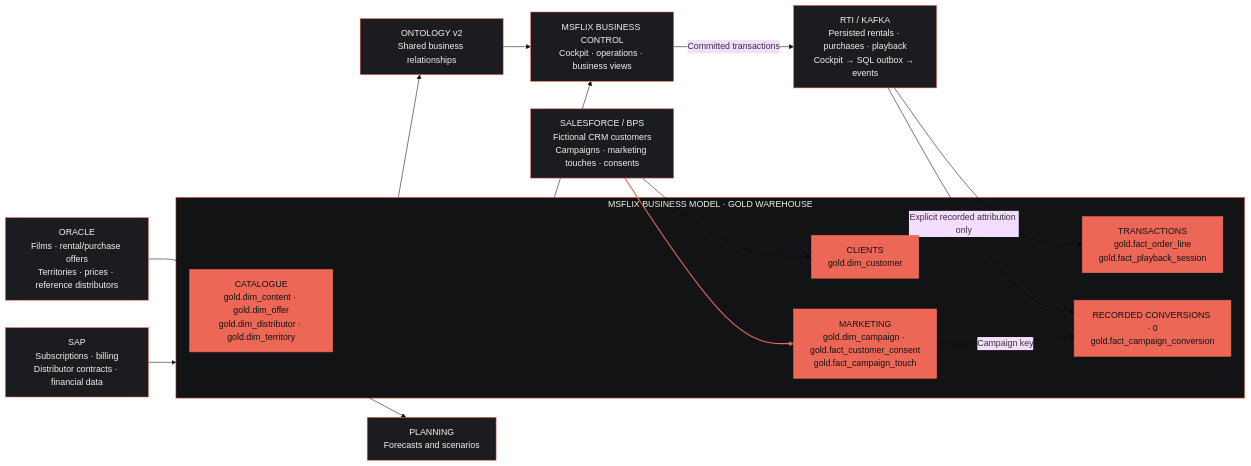
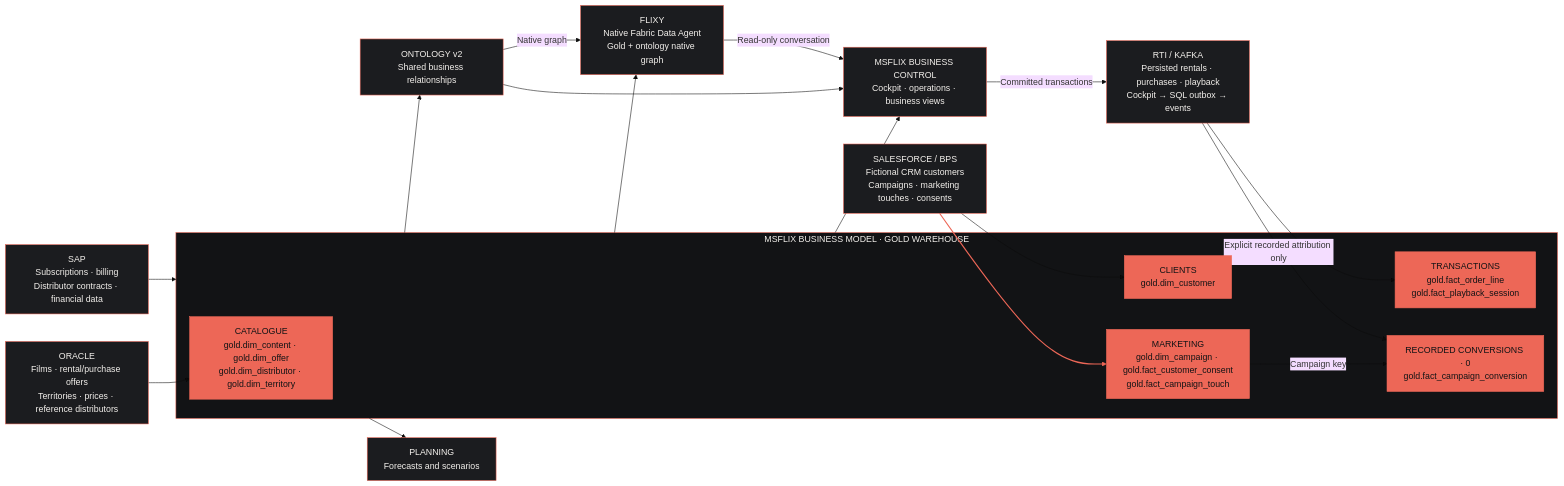
Before and after one commit to fredgis/FabricHubDemo: the diagram in README.md, drawn with Mermaid (base theme). The commit also changed other lines of this file and 27 other files, not shown here.

First line of the commit message:
feat: publish Flixy native data agent and cockpit assistant

````diff
--- a/README.md
+++ b/README.md
@@ -21,39 +21,43 @@
 ```mermaid
 flowchart LR
   Oracle["ORACLE<br/>Films · rental/purchase offers<br/>Territories · prices · reference distributors"]
   CRM["SALESFORCE / BPS<br/>Fictional CRM customers<br/>Campaigns · marketing touches · consents"]
   RTI["RTI / KAFKA<br/>Persisted rentals · purchases · playback<br/>Cockpit → SQL outbox → events"]
 
   subgraph GOLD["MSFLIX BUSINESS MODEL · GOLD WAREHOUSE"]
     Catalogue["CATALOGUE<br/>gold.dim_content · gold.dim_offer<br/>gold.dim_distributor · gold.dim_territory"]
     Clients["CLIENTS<br/>gold.dim_customer"]
     Marketing["MARKETING<br/>gold.dim_campaign · gold.fact_customer_consent<br/>gold.fact_campaign_touch"]
     Transactions["TRANSACTIONS<br/>gold.fact_order_line<br/>gold.fact_playback_session"]
     Conversions["RECORDED CONVERSIONS · 0<br/>gold.fact_campaign_conversion"]
   end
 
   Ontology["ONTOLOGY v2<br/>Shared business relationships"]
   App["MSFLIX BUSINESS CONTROL<br/>Cockpit · operations · business views"]
   SAP["SAP<br/>Subscriptions · billing<br/>Distributor contracts · financial data"]
   Planning["PLANNING<br/>Forecasts and scenarios"]
+  Flixy["FLIXY<br/>Native Fabric Data Agent<br/>Gold + ontology native graph"]
 
   Oracle --> Catalogue
   CRM --> Clients
   CRM --> Marketing
   RTI --> Transactions
   Marketing -->|"Campaign key"| Conversions
   RTI -->|"Explicit recorded attribution only"| Conversions
   GOLD --> Ontology
   GOLD --> App
   Ontology --> App
   App -->|"Committed transactions"| RTI
   SAP --> GOLD
   GOLD --> Planning
+  GOLD --> Flixy
+  Ontology -->|"Native graph"| Flixy
+  Flixy -->|"Read-only conversation"| App
 
   classDef source fill:#1B1C1F,stroke:#ED6757,color:#F3F0EC;
   classDef business fill:#ED6757,stroke:#ED6757,color:#121315;
-  class Oracle,CRM,RTI,Ontology,App,SAP,Planning source;
+  class Oracle,CRM,RTI,Ontology,App,SAP,Planning,Flixy source;
   class Catalogue,Clients,Marketing,Transactions,Conversions business;
   style GOLD fill:#121315,stroke:#ED6757,color:#F3F0EC;
   linkStyle 2 stroke:#ED6757,stroke-width:2px;
 ```
````
